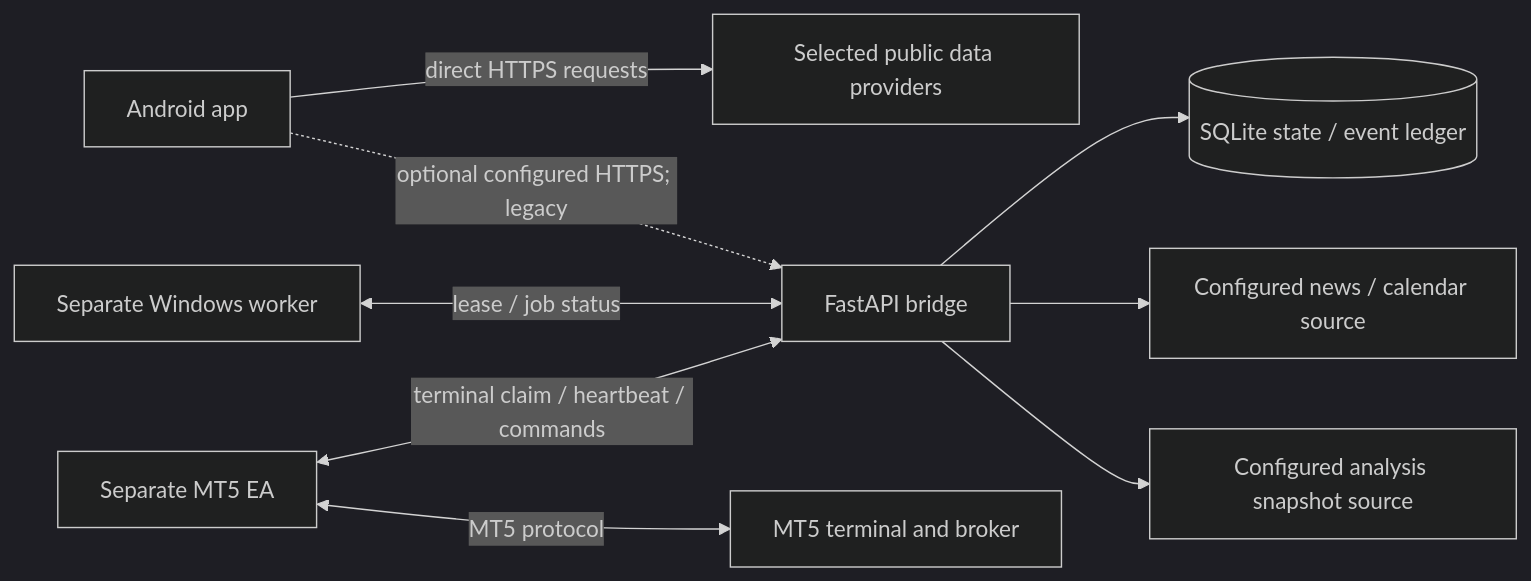
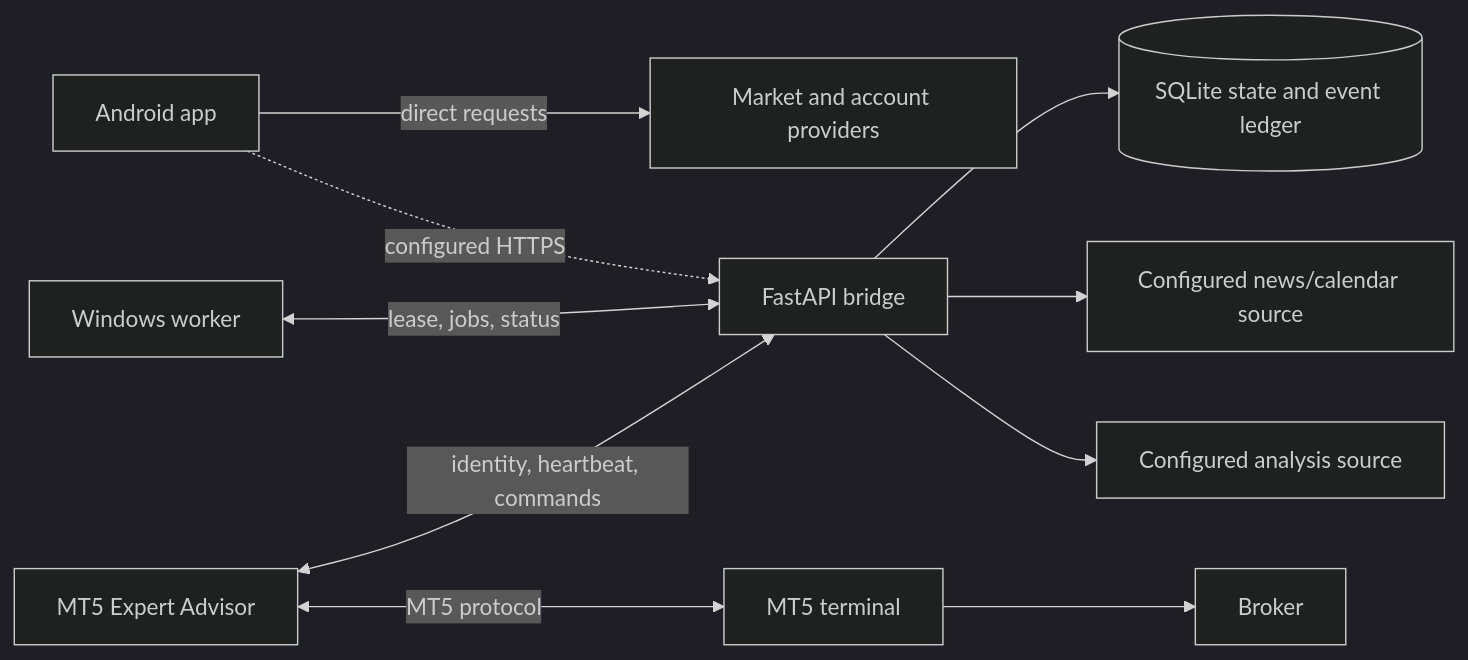
The diagram in docs/architecture/BACKEND_ARCHITECTURE.md (destinedai/DESTINEDFX-ANALYZER5), drawn with Mermaid (dark theme) before and after one commit. The commit also changed other lines of this file and 22 other files, not shown here.

````diff
--- a/docs/architecture/BACKEND_ARCHITECTURE.md
+++ b/docs/architecture/BACKEND_ARCHITECTURE.md
@@ -11,11 +11,12 @@
 ```mermaid
 flowchart LR
-  APP[Android app] -->|direct HTTPS requests| PROVIDERS[Selected public data providers]
-  APP -. optional configured HTTPS; legacy .-> API[FastAPI bridge]
-  API --> DB[(SQLite state / event ledger)]
-  WORKER[Separate Windows worker] <-->|lease / job status| API
-  EA[Separate MT5 EA] <-->|terminal claim / heartbeat / commands| API
-  EA <-->|MT5 protocol| TERMINAL[MT5 terminal and broker]
-  API --> NEWS[Configured news / calendar source]
-  API --> ANALYSIS[Configured analysis snapshot source]
+  APP[Android app] -->|direct requests| PROVIDERS[Market and account providers]
+  APP -. configured HTTPS .-> API[FastAPI bridge]
+  API --> DB[(SQLite state and event ledger)]
+  WORKER[Windows worker] <-->|lease, jobs, status| API
+  EA[MT5 Expert Advisor] <-->|identity, heartbeat, commands| API
+  EA <-->|MT5 protocol| TERMINAL[MT5 terminal]
+  TERMINAL --> BROKER[Broker]
+  API --> NEWS[Configured news/calendar source]
+  API --> ANALYSIS[Configured analysis source]
 ```
````
